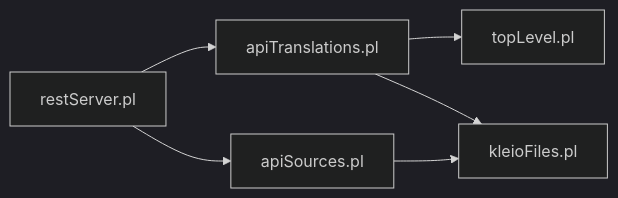
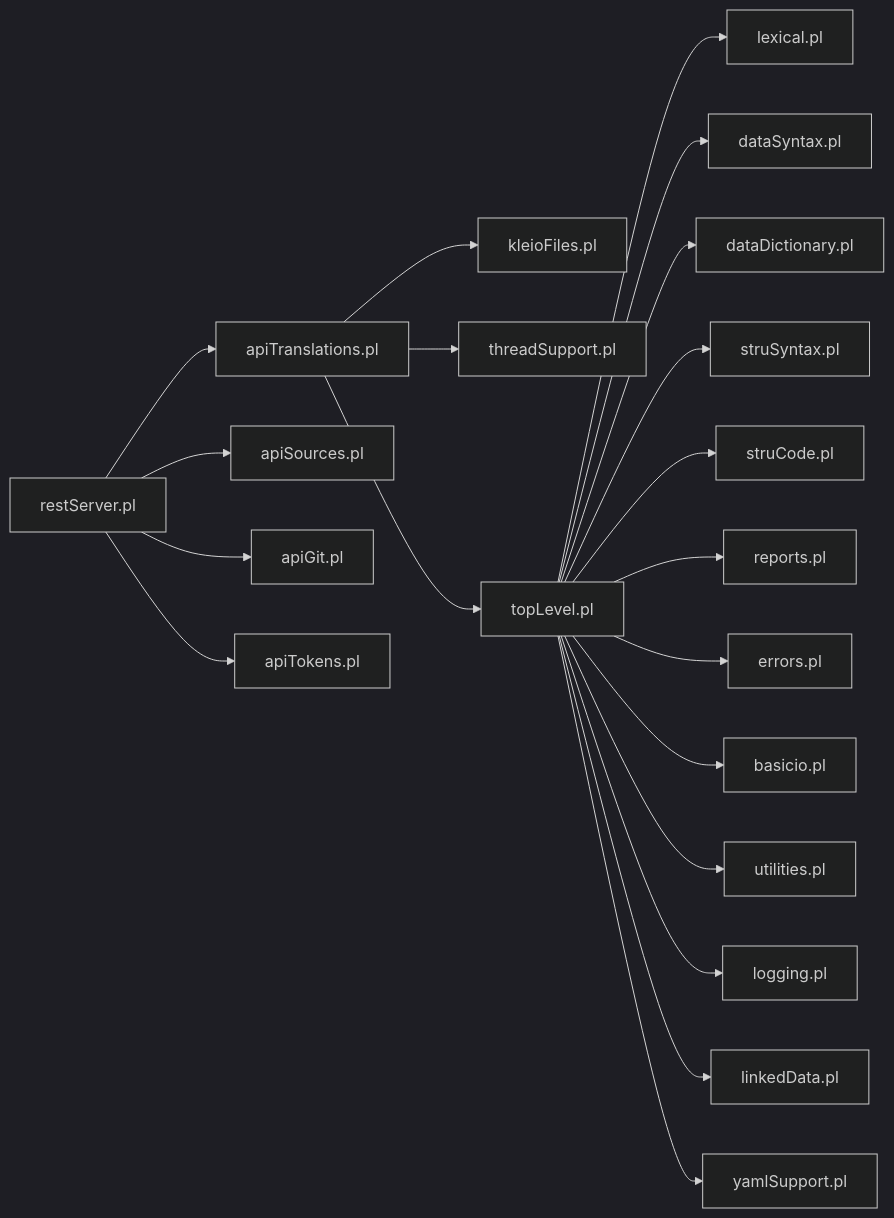
The fourth of 4 diagrams in .qoder/repowiki/en/content/Project Overview/Project Overview.md (time-link/timelink-kleio), drawn with Mermaid (dark theme) before and after one commit. The commit also changed other lines of this file and 225 other files, not shown here.

````diff
--- a/.qoder/repowiki/en/content/Project Overview/Project Overview.md
+++ b/.qoder/repowiki/en/content/Project Overview/Project Overview.md
@@ -277,8 +313,22 @@
 ```mermaid
 graph LR
-RS["restServer.pl"] --> AT["apiTranslations.pl"]
-RS --> AS["apiSources.pl"]
-AT --> TL["topLevel.pl"]
-AT --> KF["kleioFiles.pl"]
-AS --> KF
+REST["restServer.pl"] --> API_T["apiTranslations.pl"]
+REST --> API_S["apiSources.pl"]
+REST --> API_G["apiGit.pl"]
+REST --> API_K["apiTokens.pl"]
+API_T --> KFiles["kleioFiles.pl"]
+API_T --> Threads["threadSupport.pl"]
+API_T --> Top["topLevel.pl"]
+Top --> Lex["lexical.pl"]
+Top --> DSyn["dataSyntax.pl"]
+Top --> DDic["dataDictionary.pl"]
+Top --> SSyn["struSyntax.pl"]
+Top --> SCode["struCode.pl"]
+Top --> Rep["reports.pl"]
+Top --> Err["errors.pl"]
+Top --> Bas["basicio.pl"]
+Top --> Util["utilities.pl"]
+Top --> Log["logging.pl"]
+Top --> LData["linkedData.pl"]
+Top --> Yaml["yamlSupport.pl"]
 ```
````
